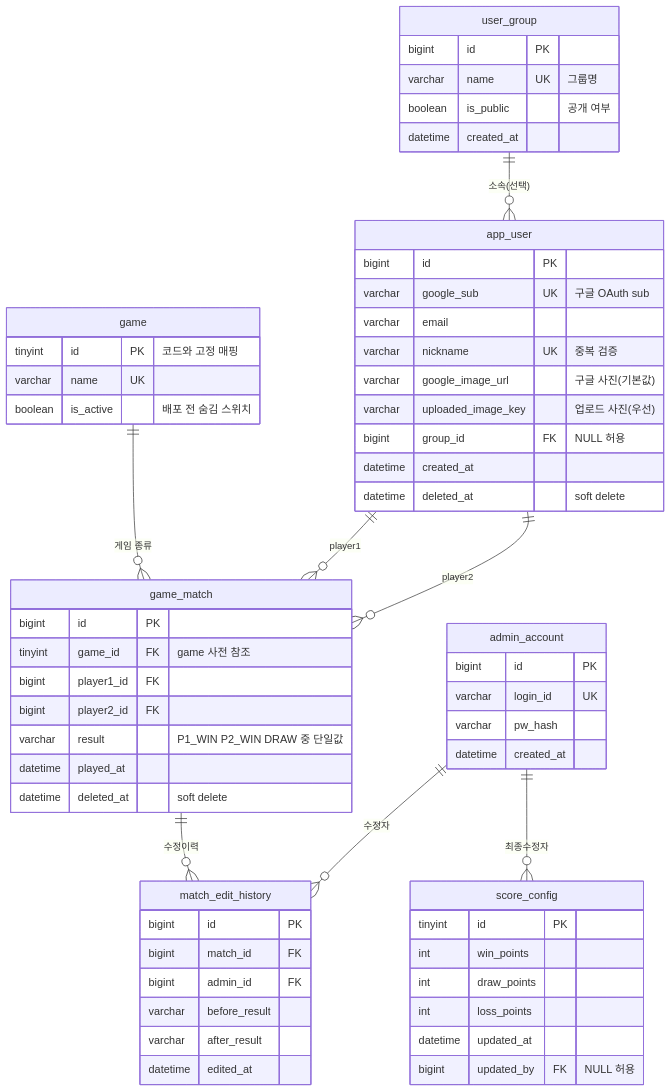
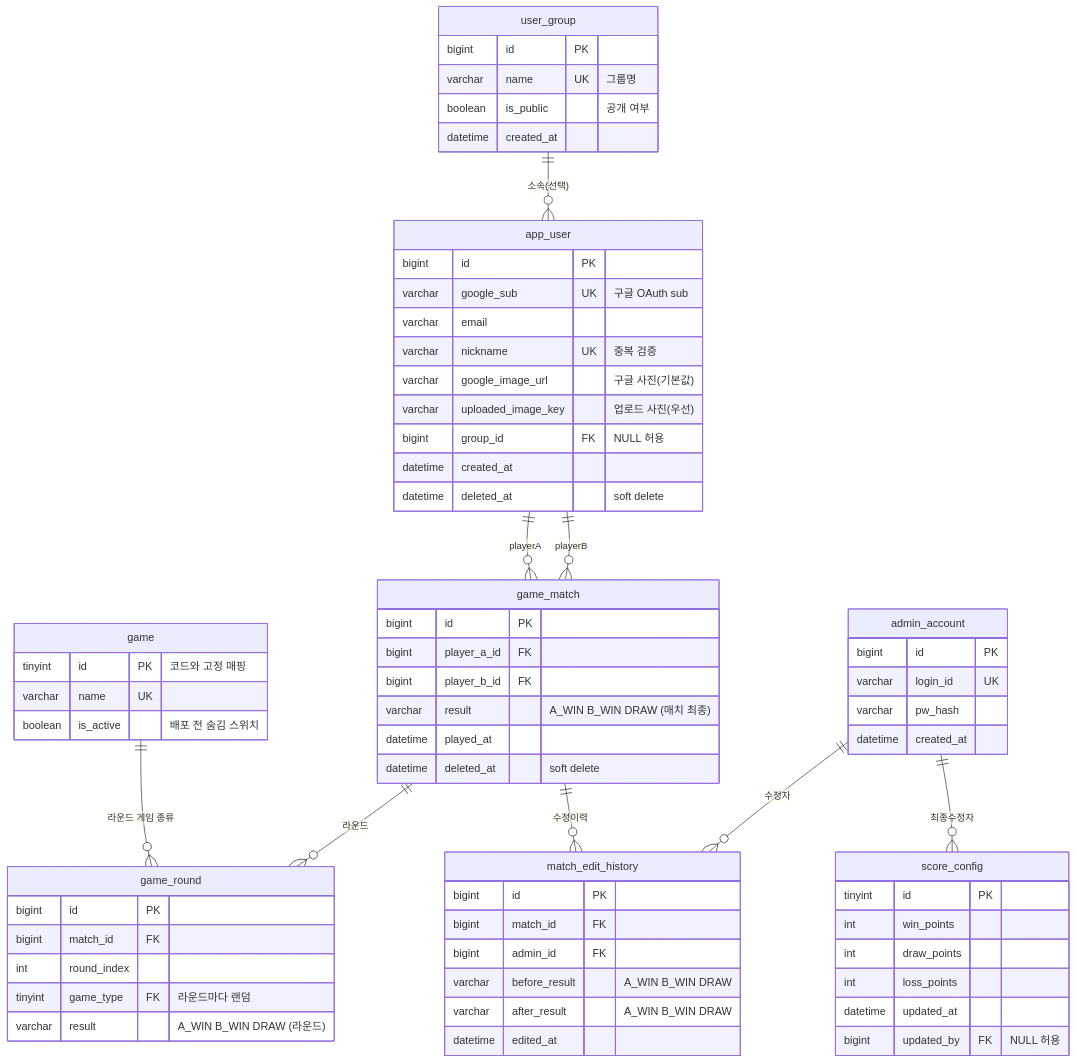
Before and after one commit to madcamp-official/26s-w1-c1-07: the diagram in docs/ERD.md, drawn with Mermaid. The commit also changed other lines of this file and 111 other files, not shown here.

````diff
--- a/docs/ERD.md
+++ b/docs/ERD.md
@@ -32,64 +32,71 @@
 ```mermaid
 erDiagram
     user_group ||--o{ app_user : "소속(선택)"
-    game ||--o{ game_match : "게임 종류"
-    app_user ||--o{ game_match : "player1"
-    app_user ||--o{ game_match : "player2"
+    game ||--o{ game_round : "라운드 게임 종류"
+    game_match ||--o{ game_round : "라운드"
+    app_user ||--o{ game_match : "playerA"
+    app_user ||--o{ game_match : "playerB"
     game_match ||--o{ match_edit_history : "수정이력"
     admin_account ||--o{ match_edit_history : "수정자"
     admin_account ||--o{ score_config : "최종수정자"
 
     game {
         tinyint id PK "코드와 고정 매핑"
         varchar name UK
         boolean is_active "배포 전 숨김 스위치"
     }
     user_group {
         bigint id PK
         varchar name UK "그룹명"
         boolean is_public "공개 여부"
         datetime created_at
     }
     app_user {
         bigint id PK
         varchar google_sub UK "구글 OAuth sub"
         varchar email
         varchar nickname UK "중복 검증"
         varchar google_image_url "구글 사진(기본값)"
         varchar uploaded_image_key "업로드 사진(우선)"
         bigint group_id FK "NULL 허용"
         datetime created_at
         datetime deleted_at "soft delete"
     }
     admin_account {
         bigint id PK
         varchar login_id UK
         varchar pw_hash
         datetime created_at
     }
     game_match {
         bigint id PK
-        tinyint game_id FK "game 사전 참조"
-        bigint player1_id FK
-        bigint player2_id FK
-        varchar result "P1_WIN P2_WIN DRAW 중 단일값"
+        bigint player_a_id FK
+        bigint player_b_id FK
+        varchar result "A_WIN B_WIN DRAW (매치 최종)"
         datetime played_at
         datetime deleted_at "soft delete"
+    }
+    game_round {
+        bigint id PK
+        bigint match_id FK
+        int round_index
+        tinyint game_type FK "라운드마다 랜덤"
+        varchar result "A_WIN B_WIN DRAW (라운드)"
     }
     match_edit_history {
         bigint id PK
         bigint match_id FK
         bigint admin_id FK
-        varchar before_result
-        varchar after_result
+        varchar before_result "A_WIN B_WIN DRAW"
+        varchar after_result "A_WIN B_WIN DRAW"
         datetime edited_at
     }
     score_config {
         tinyint id PK
         int win_points
         int draw_points
         int loss_points
         datetime updated_at
         bigint updated_by FK "NULL 허용"
     }
 ```
````
